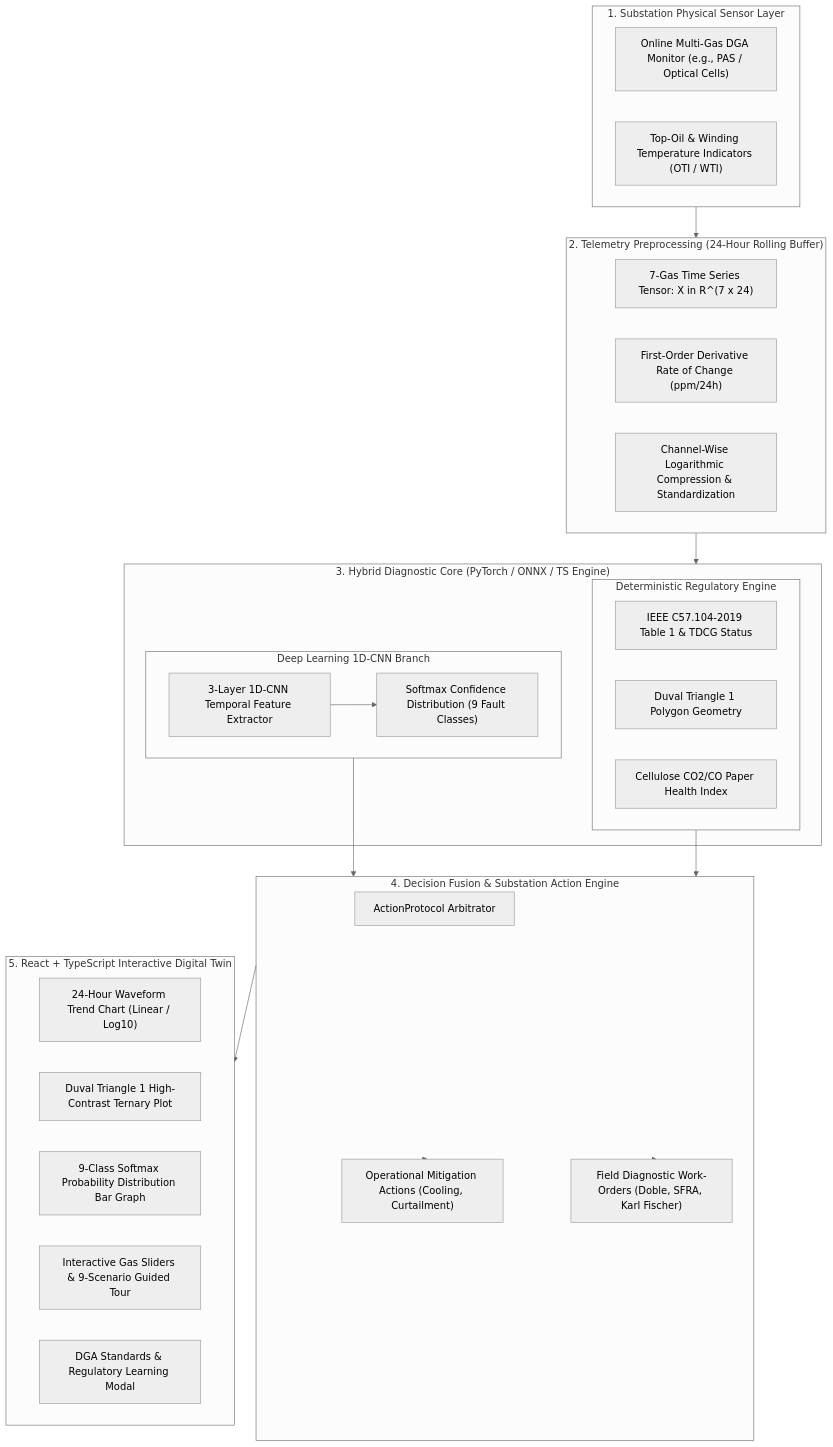
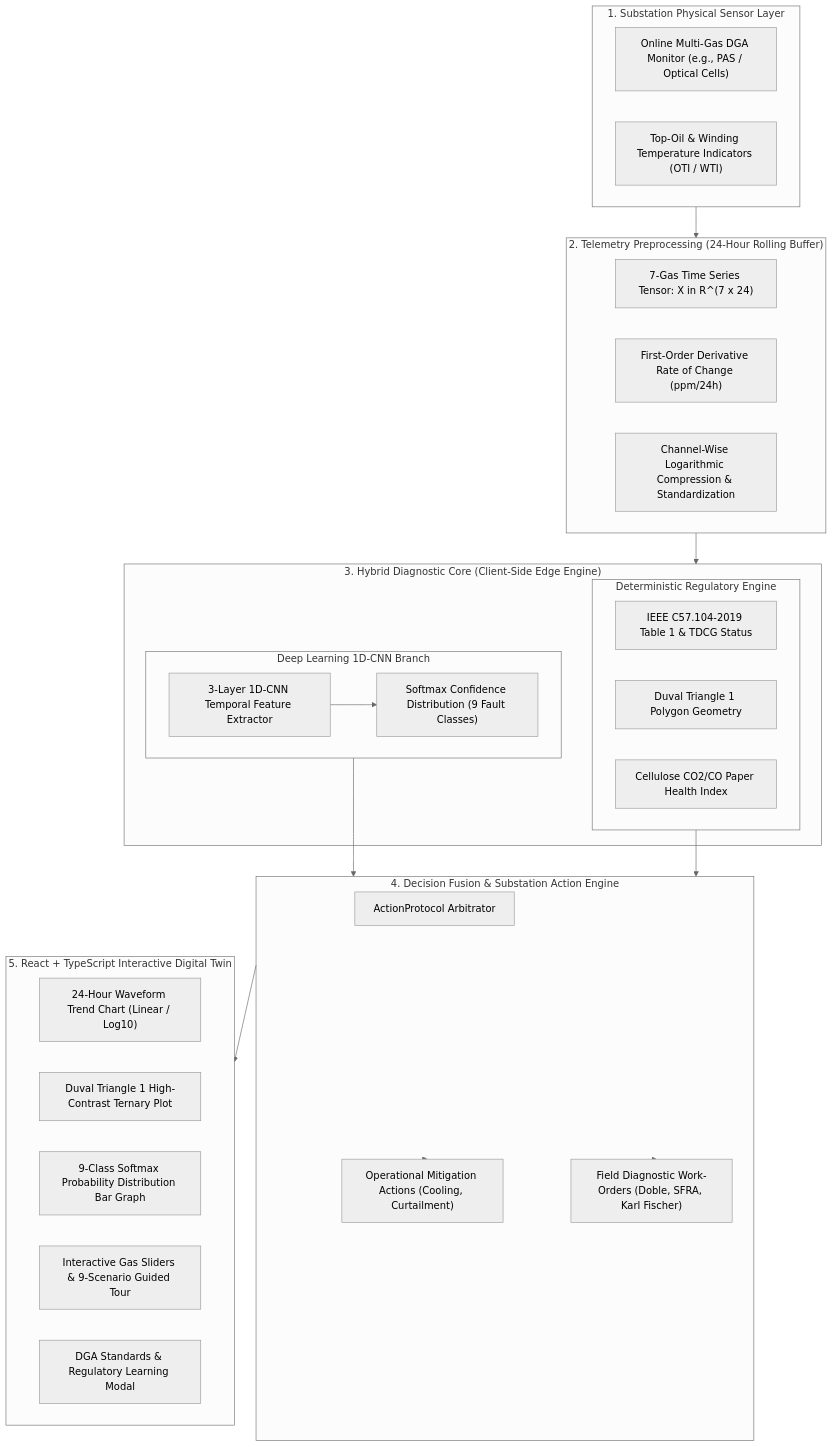
Before and after one commit to anish609609/transformer_health_using_gas_sensors: the diagram in README.md, drawn with Mermaid (neutral theme). The commit also changed other lines of this file and 1 other file, not shown here.

Commit message:
docs(readme): add client-side compute architecture, clean up unused references, and update website footer with GitHub link

````diff
--- a/README.md
+++ b/README.md
@@ -55,48 +80,48 @@
 ```mermaid
 flowchart TD
     subgraph SS_Sensors["1. Substation Physical Sensor Layer"]
         S1["Online Multi-Gas DGA Monitor (e.g., PAS / Optical Cells)"]
         S2["Top-Oil & Winding Temperature Indicators (OTI / WTI)"]
     end
 
     subgraph Preproc["2. Telemetry Preprocessing (24-Hour Rolling Buffer)"]
         P1["7-Gas Time Series Tensor: X in R^(7 x 24)"]
         P2["First-Order Derivative Rate of Change (ppm/24h)"]
         P3["Channel-Wise Logarithmic Compression & Standardization"]
     end
 
-    subgraph Hybrid_AI["3. Hybrid Diagnostic Core (PyTorch / ONNX / TS Engine)"]
+    subgraph Hybrid_AI["3. Hybrid Diagnostic Core (Client-Side Edge Engine)"]
         subgraph AI_Branch["Deep Learning 1D-CNN Branch"]
             CNN["3-Layer 1D-CNN Temporal Feature Extractor"]
             CNN_OUT["Softmax Confidence Distribution (9 Fault Classes)"]
         end
         subgraph Standards_Branch["Deterministic Regulatory Engine"]
             IEEE["IEEE C57.104-2019 Table 1 & TDCG Status"]
             DUVAL["Duval Triangle 1 Polygon Geometry"]
             CELL["Cellulose CO2/CO Paper Health Index"]
         end
     end
 
     subgraph Fusion["4. Decision Fusion & Substation Action Engine"]
         ENG["ActionProtocol Arbitrator"]
         ACT1["Operational Mitigation Actions (Cooling, Curtailment)"]
         ACT2["Field Diagnostic Work-Orders (Doble, SFRA, Karl Fischer)"]
     end
 
     subgraph React_GUI["5. React + TypeScript Interactive Digital Twin"]
         DASH["24-Hour Waveform Trend Chart (Linear / Log10)"]
         TERNARY["Duval Triangle 1 High-Contrast Ternary Plot"]
         CONF["9-Class Softmax Probability Distribution Bar Graph"]
         SIM["Interactive Gas Sliders & 9-Scenario Guided Tour"]
         MODAL["DGA Standards & Regulatory Learning Modal"]
     end
 
     SS_Sensors --> Preproc
     Preproc --> Hybrid_AI
     CNN --> CNN_OUT
     AI_Branch --> Fusion
     Standards_Branch --> Fusion
     Fusion --> React_GUI
     Fusion --> ACT1
     Fusion --> ACT2
 ```
````
